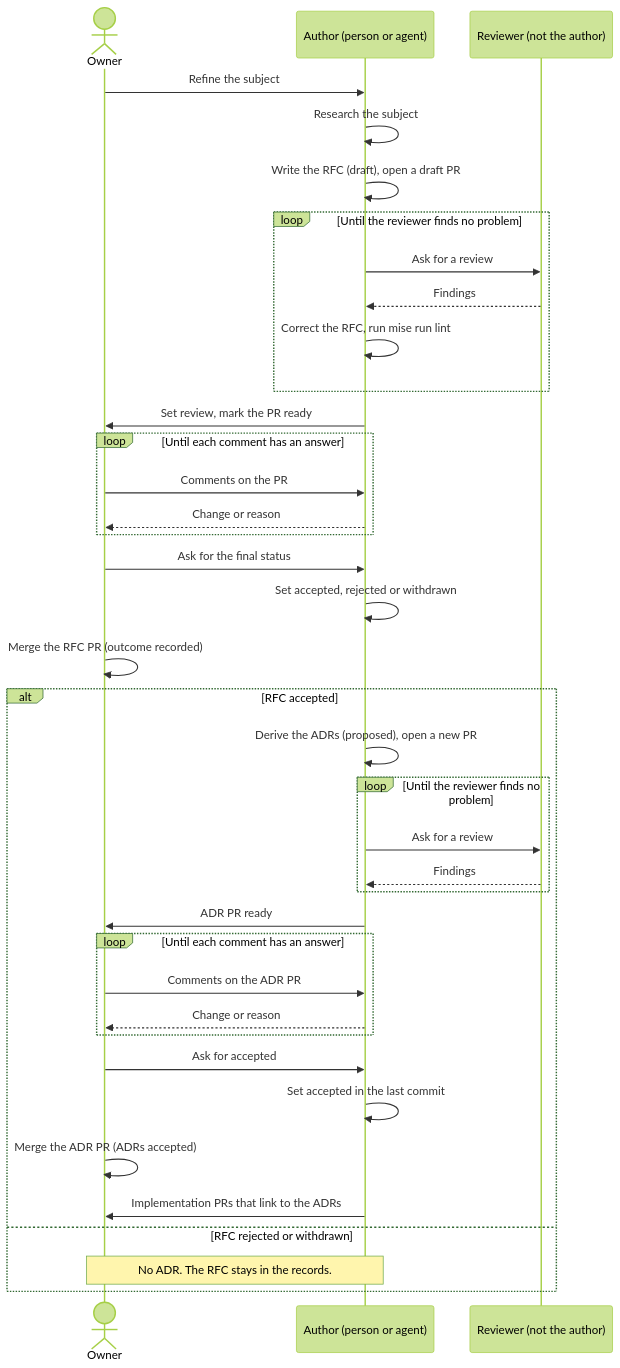
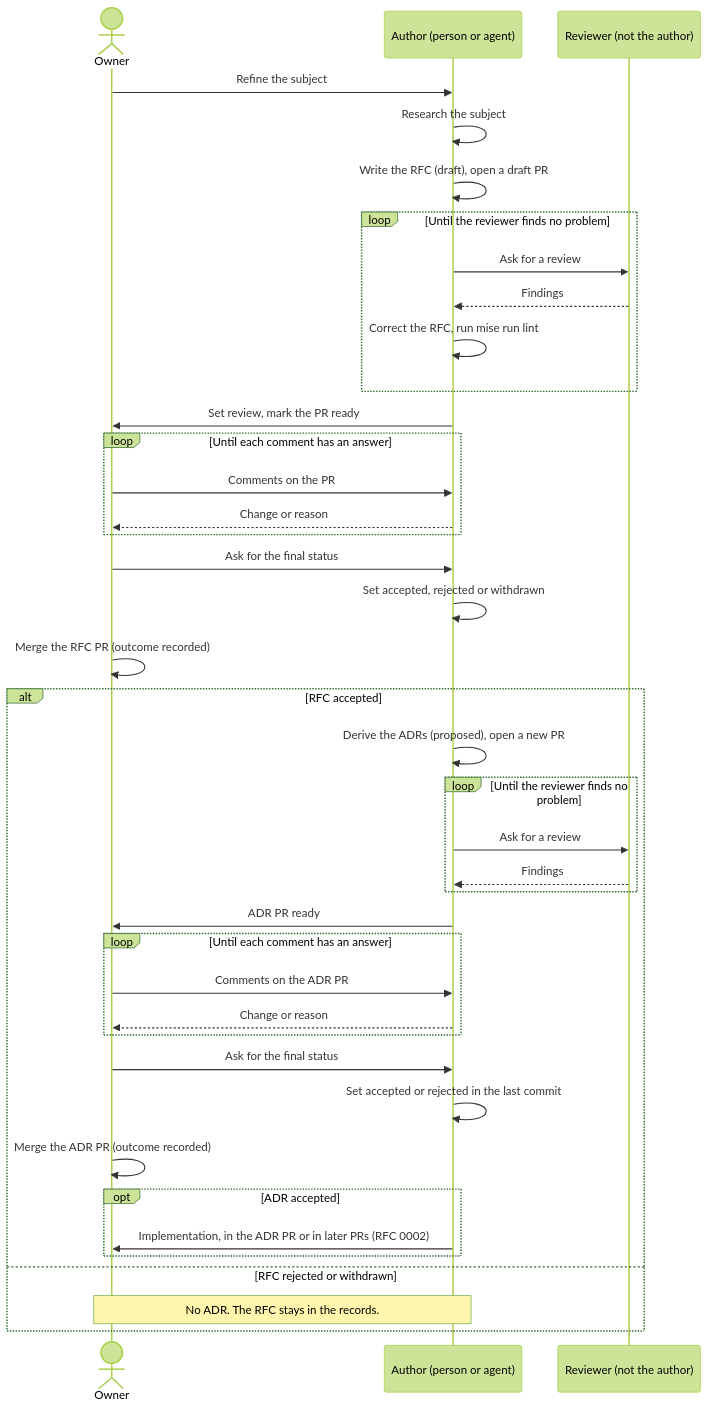
The first of 3 diagrams in docs/records/rfcs/0001-records-process.md (gsuquet/homelab), drawn with Mermaid (forest theme) before and after one commit. The commit also changed other lines of this file and 2 other files, not shown here.

First line of the commit message:
docs(records): add the rejected ADR state and close the last RFC 0001 questions

````diff
--- a/docs/records/rfcs/0001-records-process.md
+++ b/docs/records/rfcs/0001-records-process.md
@@ -61,40 +61,42 @@
 ```mermaid
 sequenceDiagram
     actor Owner
     participant Author as Author (person or agent)
     participant Reviewer as Reviewer (not the author)
     Owner->>Author: Refine the subject
     Author->>Author: Research the subject
     Author->>Author: Write the RFC (draft), open a draft PR
     loop Until the reviewer finds no problem
         Author->>Reviewer: Ask for a review
         Reviewer-->>Author: Findings
         Author->>Author: Correct the RFC, run mise run lint
     end
     Author->>Owner: Set review, mark the PR ready
     loop Until each comment has an answer
         Owner->>Author: Comments on the PR
         Author-->>Owner: Change or reason
     end
     Owner->>Author: Ask for the final status
     Author->>Author: Set accepted, rejected or withdrawn
     Owner->>Owner: Merge the RFC PR (outcome recorded)
     alt RFC accepted
         Author->>Author: Derive the ADRs (proposed), open a new PR
         loop Until the reviewer finds no problem
             Author->>Reviewer: Ask for a review
             Reviewer-->>Author: Findings
         end
         Author->>Owner: ADR PR ready
         loop Until each comment has an answer
             Owner->>Author: Comments on the ADR PR
             Author-->>Owner: Change or reason
         end
-        Owner->>Author: Ask for accepted
-        Author->>Author: Set accepted in the last commit
-        Owner->>Owner: Merge the ADR PR (ADRs accepted)
-        Author->>Owner: Implementation PRs that link to the ADRs
+        Owner->>Author: Ask for the final status
+        Author->>Author: Set accepted or rejected in the last commit
+        Owner->>Owner: Merge the ADR PR (outcome recorded)
+        opt ADR accepted
+            Author->>Owner: Implementation, in the ADR PR or in later PRs (RFC 0002)
+        end
     else RFC rejected or withdrawn
         Note over Owner,Author: No ADR. The RFC stays in the records.
     end
 ```
````
